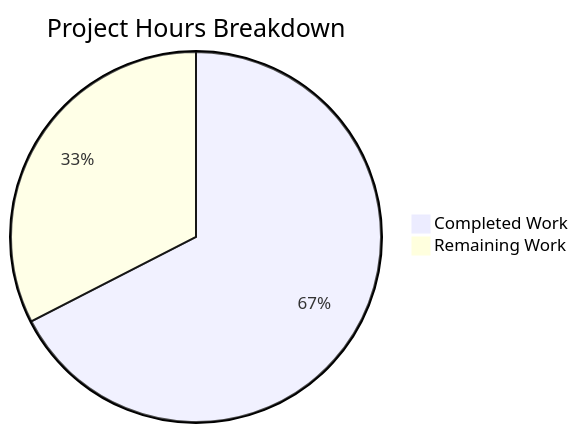
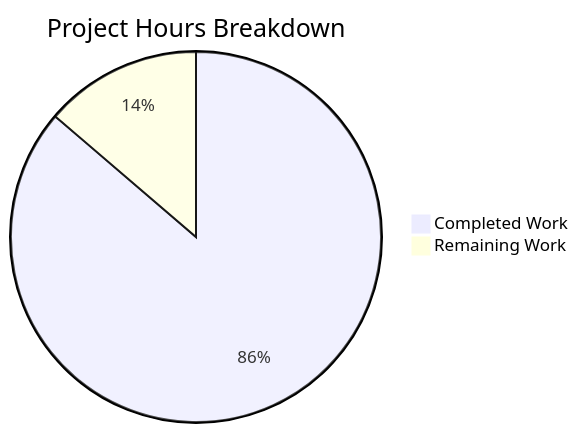
One commit to lakshya-blitzy/Dec_repo_with_valid_mul_files changed the diagram in blitzy/documentation/Project Guide.md. Above: the diagram before and after it, drawn with Mermaid. The commit also changed other lines of this file, not shown here.

Commit message:
Adding Blitzy Project Guide: Project Status and Human Tasks Remaining

````diff
--- a/blitzy/documentation/Project Guide.md
+++ b/blitzy/documentation/Project Guide.md
@@ -29,5 +28,5 @@
 ```mermaid
 pie title Project Hours Breakdown
-    "Completed Work" : 56
-    "Remaining Work" : 27
+    "Completed Work" : 88
+    "Remaining Work" : 14
 ```
````
